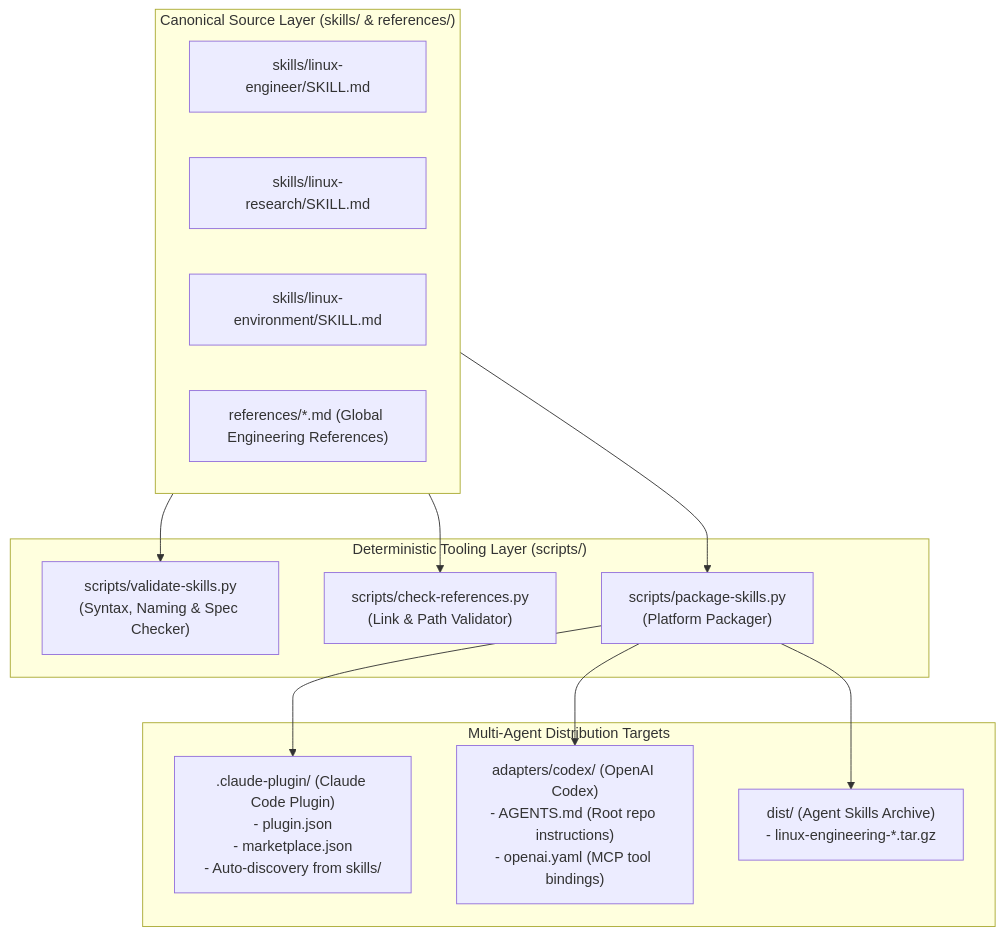
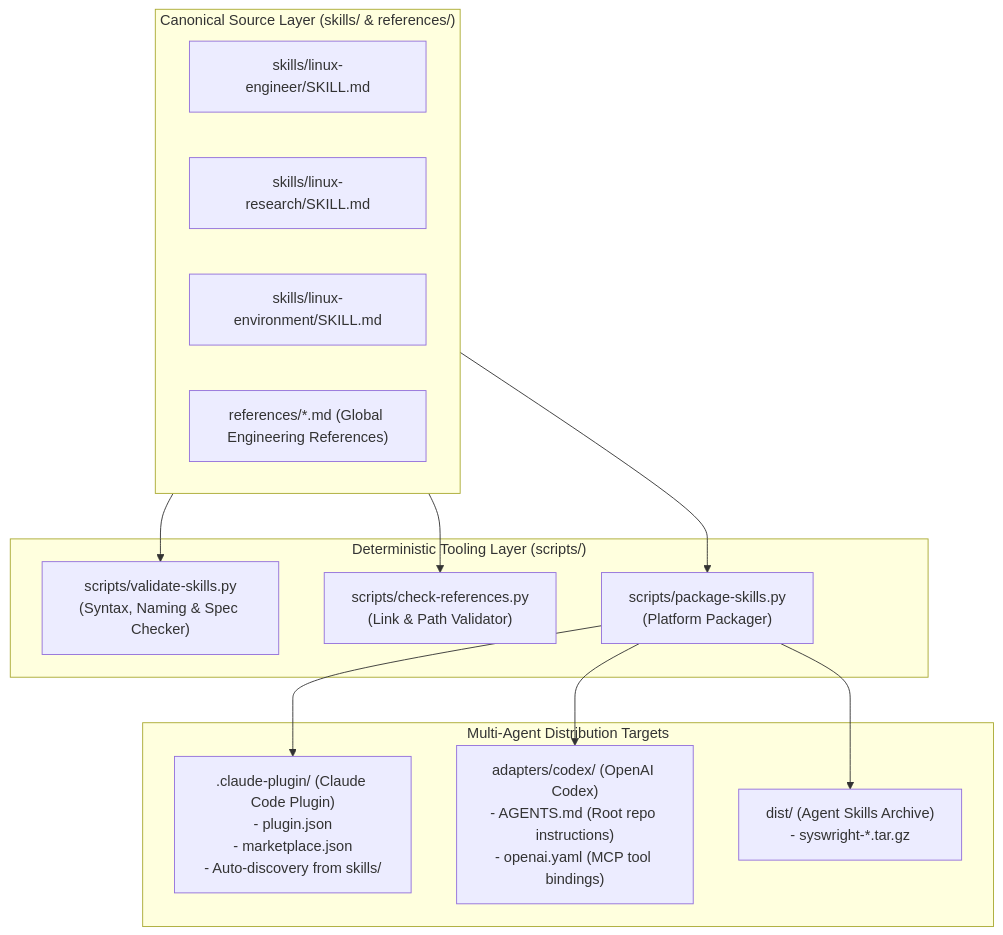
Before and after one commit to eshanized/SysWright: the diagram in docs/architecture/canonical-and-adapter-architecture.md, drawn with Mermaid. The commit also changed other lines of this file and 88 other files, not shown here.

First line of the commit message:
refactor: project branding from "Linux Engineering" to "Syswright"

````diff
--- a/docs/architecture/canonical-and-adapter-architecture.md
+++ b/docs/architecture/canonical-and-adapter-architecture.md
@@ -7,28 +7,28 @@
 ```mermaid
 flowchart TD
     subgraph Canonical_Core["Canonical Source Layer (skills/ & references/)"]
         SKILL1["skills/linux-engineer/SKILL.md"]
         SKILL2["skills/linux-research/SKILL.md"]
         SKILL3["skills/linux-environment/SKILL.md"]
         REFS["references/*.md (Global Engineering References)"]
     end
 
     subgraph Tooling_Layer["Deterministic Tooling Layer (scripts/)"]
         VAL["scripts/validate-skills.py\n(Syntax, Naming & Spec Checker)"]
         CHK["scripts/check-references.py\n(Link & Path Validator)"]
         PKG["scripts/package-skills.py\n(Platform Packager)"]
     end
 
     subgraph Platform_Targets["Multi-Agent Distribution Targets"]
         CLAUDE[".claude-plugin/ (Claude Code Plugin)\n- plugin.json\n- marketplace.json\n- Auto-discovery from skills/"]
         CODEX["adapters/codex/ (OpenAI Codex)\n- AGENTS.md (Root repo instructions)\n- openai.yaml (MCP tool bindings)"]
-        BUNDLE["dist/ (Agent Skills Archive)\n- linux-engineering-*.tar.gz"]
+        BUNDLE["dist/ (Agent Skills Archive)\n- syswright-*.tar.gz"]
     end
 
     Canonical_Core --> VAL
     Canonical_Core --> CHK
     Canonical_Core --> PKG
     PKG --> CLAUDE
     PKG --> CODEX
     PKG --> BUNDLE
 ```
````
